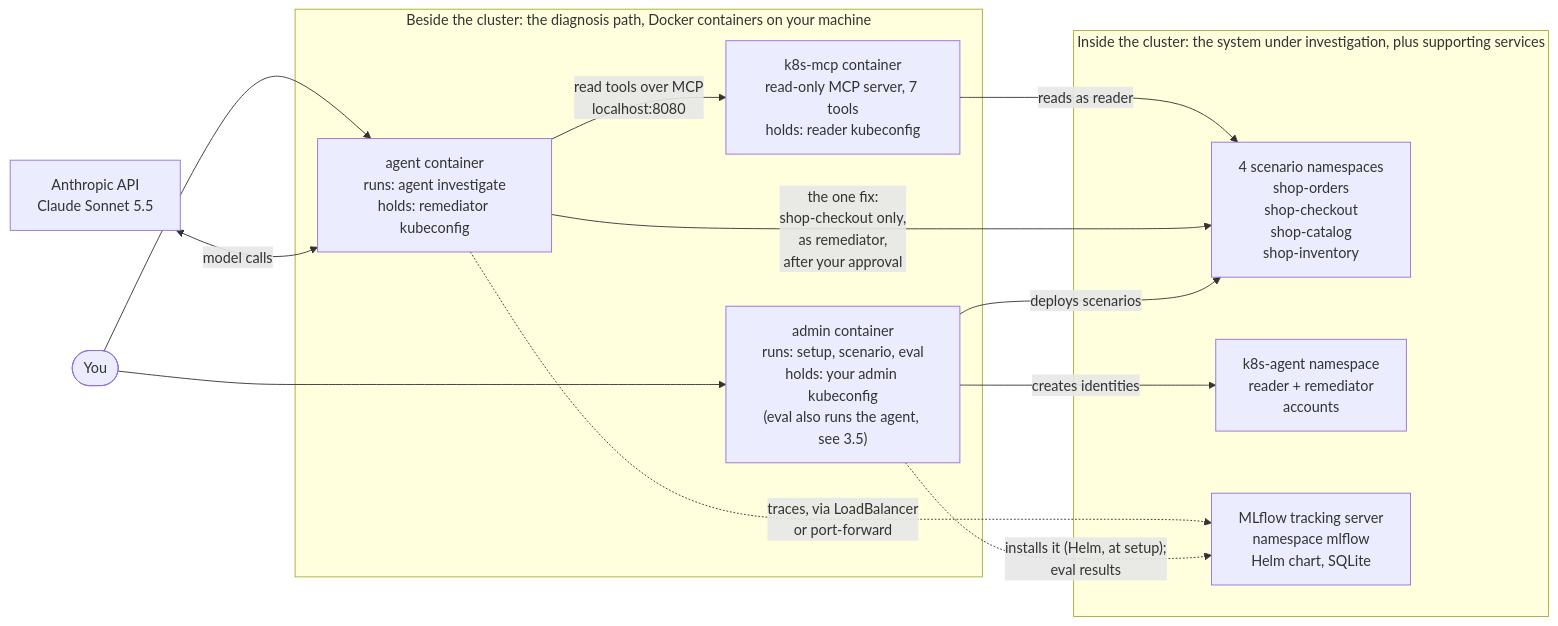
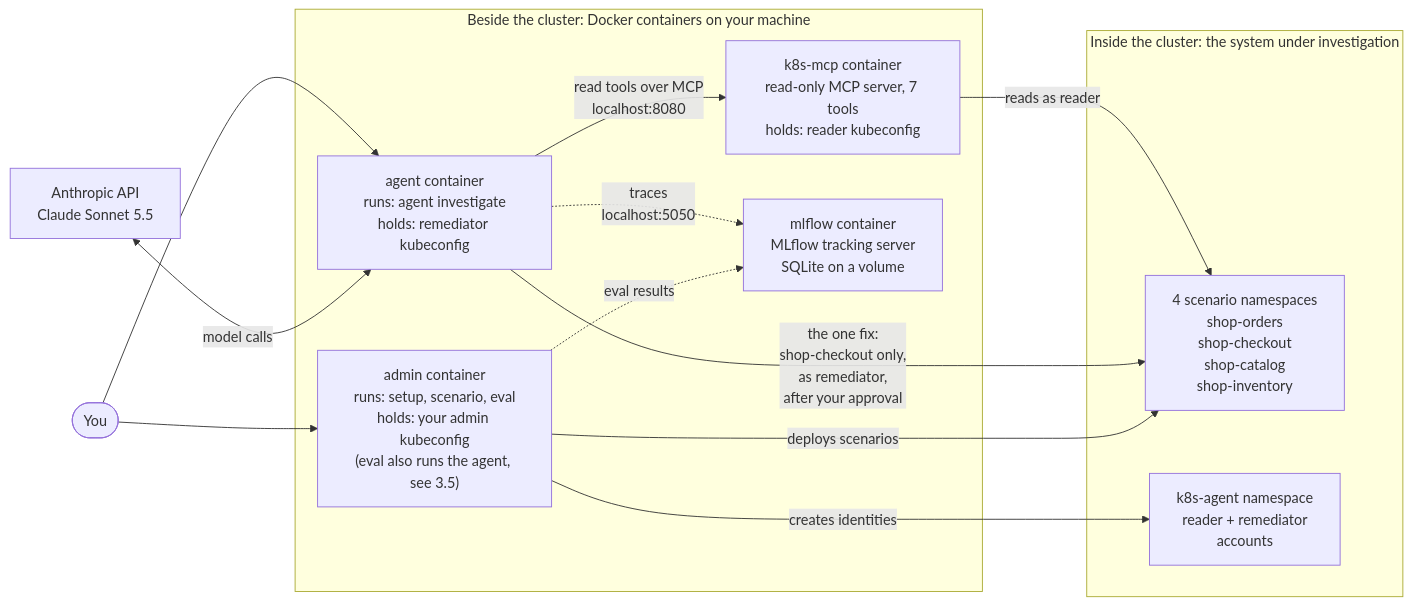
The first of 7 diagrams in SPEC.md (tomershukhman/k8s-troubleshooting-agent), drawn with Mermaid before and after one commit. The commit also changed other lines of this file and 5 other files, not shown here.

First line of the commit message:
Docs for M7: containers, the compose MLflow, the staged pipeline

````diff
--- a/SPEC.md
+++ b/SPEC.md
@@ -21,28 +21,28 @@
 ```mermaid
 flowchart LR
     claude["Anthropic API<br/>Claude Sonnet 5.5"]
     you(["You"])
 
-    subgraph beside["Beside the cluster: the diagnosis path, Docker containers on your machine"]
+    subgraph beside["Beside the cluster: Docker containers on your machine"]
         agent["agent container<br/>runs: agent investigate<br/>holds: remediator kubeconfig"]
         mcp["k8s-mcp container<br/>read-only MCP server, 7 tools<br/>holds: reader kubeconfig"]
         admin["admin container<br/>runs: setup, scenario, eval<br/>holds: your admin kubeconfig<br/>(eval also runs the agent, see 3.5)"]
+        mlflow["mlflow container<br/>MLflow tracking server<br/>SQLite on a volume"]
     end
 
-    subgraph cluster["Inside the cluster: the system under investigation, plus supporting services"]
+    subgraph cluster["Inside the cluster: the system under investigation"]
         scen["4 scenario namespaces<br/>shop-orders<br/>shop-checkout<br/>shop-catalog<br/>shop-inventory"]
         ids["k8s-agent namespace<br/>reader + remediator<br/>accounts"]
-        mlflow["MLflow tracking server<br/>namespace mlflow<br/>Helm chart, SQLite"]
     end
 
     you --> agent
     you --> admin
     claude <-- "model calls" --> agent
     agent -- "read tools over MCP<br/>localhost:8080" --> mcp
     mcp -- "reads as reader" --> scen
     agent -- "the one fix:<br/>shop-checkout only,<br/>as remediator,<br/>after your approval" --> scen
     admin -- "creates identities" --> ids
     admin -- "deploys scenarios" --> scen
-    agent -. "traces, via LoadBalancer<br/>or port-forward" .-> mlflow
-    admin -. "installs it (Helm, at setup);<br/>eval results" .-> mlflow
+    agent -. "traces<br/>localhost:5050" .-> mlflow
+    admin -. "eval results" .-> mlflow
 ```
````
